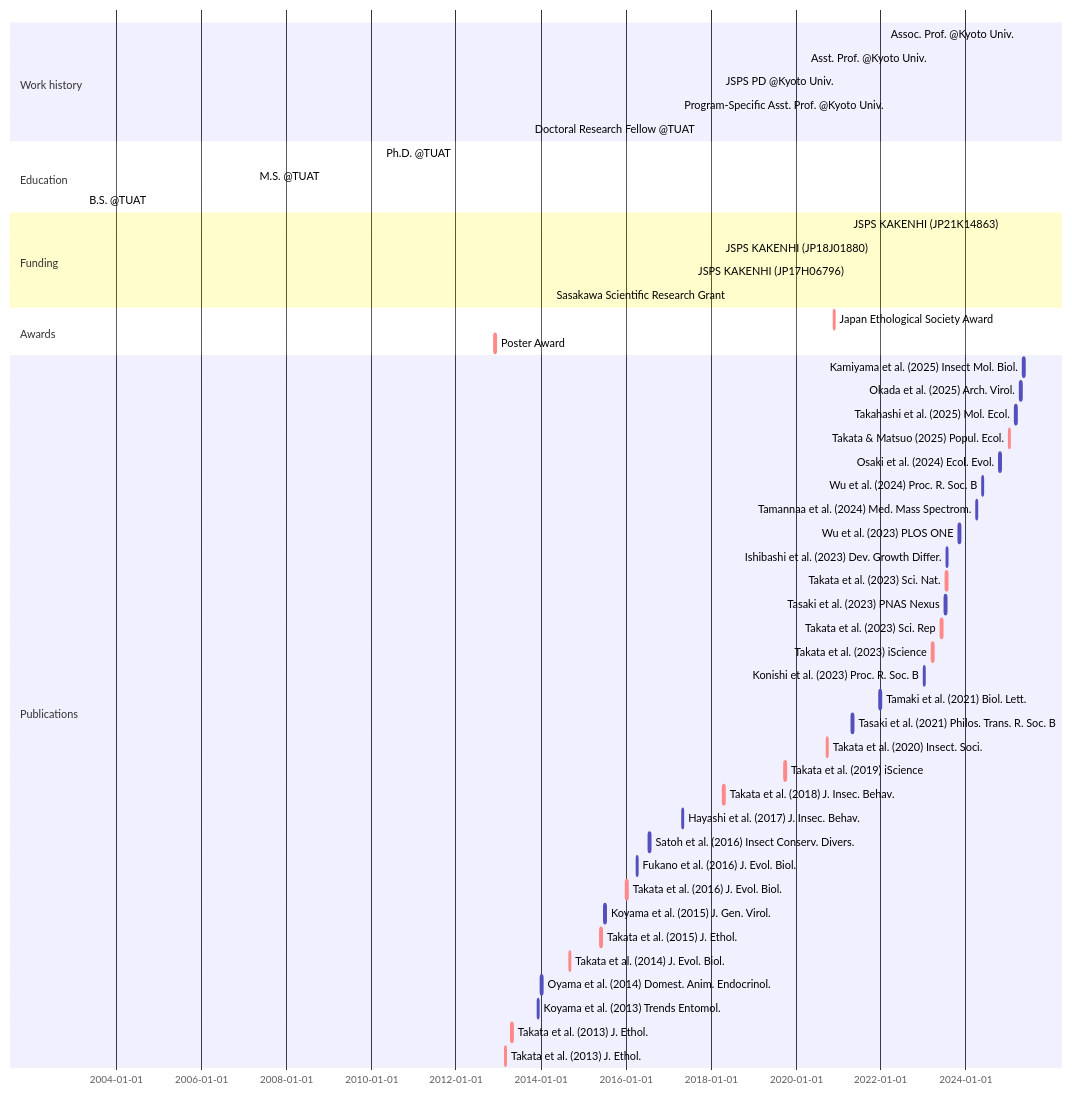
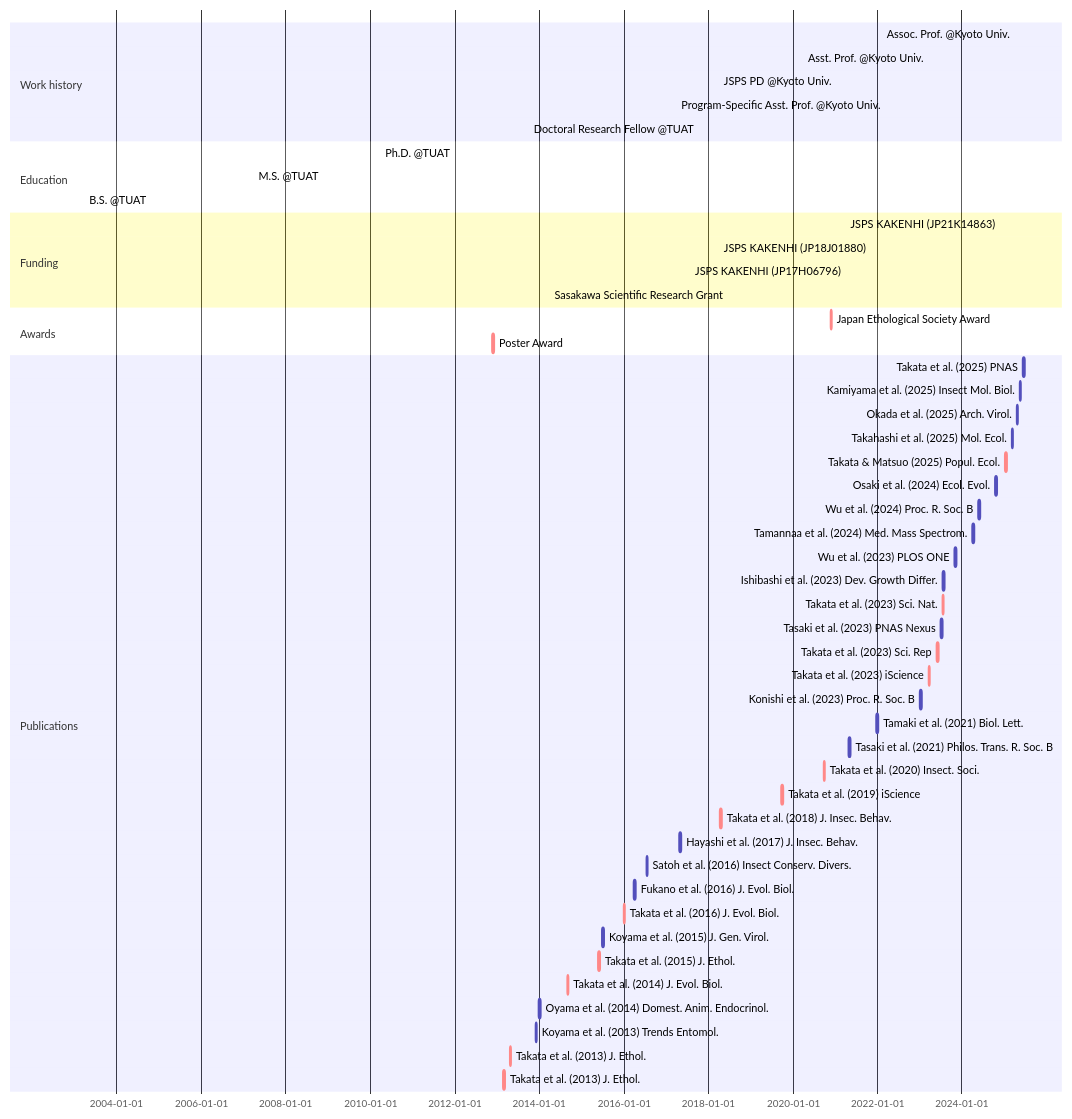
The diagram in _includes/mermaid-cv.md (MamoruTakata/MamoruTakata.github.io), drawn with Mermaid before and after one commit.

````diff
--- a/_includes/mermaid-cv.md
+++ b/_includes/mermaid-cv.md
@@ -1,56 +1,57 @@
 ```mermaid
 gantt
 section Work history
   Assoc. Prof. @Kyoto Univ.                     : active, Assoc. Prof., 2025-04-01, 2030-03-31
   Asst. Prof. @Kyoto Univ.                      : active, Asst. Prof., 2020-04-01, 2025-03-31
   JSPS PD @Kyoto Univ.                          : active, PD, 2018-04-01, 2020-03-31
   Program-Specific Asst. Prof. @Kyoto Univ.     : active, Program-Specific Asst. Prof., 2017-04-01, 2018-03-31
   Doctoral Research Fellow @TUAT                : active, Program-Specific Asst. Prof., 2013-10-01, 2017-03-31
 
 section Education
   Ph.D. @TUAT    : Ph.D., 2010-04-01, 2013-09-18
   M.S. @TUAT     : M.S., 2007-04-01, 2010-03-31
   B.S. @TUAT     : B.S., 2003-04-01, 2007-03-31
 
 section Funding
   JSPS KAKENHI (JP21K14863)                     : active, grant_young, 2021-04-01, 2026-03-31
   JSPS KAKENHI (JP18J01880)                     : active, grant_PD, 2018-04-01, 2021-03-31
   JSPS KAKENHI (JP17H06796)                     : active, grant_start, 2017-08-01, 2018-03-31
   Sasakawa Scientific Research Grant            : active, grant_Sasagawa, 2014-04-01, 2015-03-31
 
 section Awards
   Japan Ethological Society Award               : crit, aw_2, 2020-11-21, 2w
   Poster Award                                  : crit, aw_1, 2012-11-24, 2w
 
 section Publications
+  Takata et al. (2025) PNAS                     :       Takata et al. 2025, 2025-06-13, 2w
   Kamiyama et al. (2025) Insect Mol. Biol.      :       Kamiyama et al. 2025, 2025-05-11, 2w
   Okada et al. (2025) Arch. Virol.              :       Okada et al. 2025, 2025-04-16, 2w
   Takahashi et al. (2025) Mol. Ecol.            :       Takahashi et al. 2025, 2025-03-04, 2w
   Takata & Matsuo (2025) Popul. Ecol.           : crit, Takata & Matsuo 2025, 2025-01-07, 2w
   Osaki et al. (2024) Ecol. Evol.               :       Osaki et al. 2024, 2024-10-17, 2w
   Wu et al. (2024) Proc. R. Soc. B              :       Wu et al. 2024, 2024-05-22, 2w
   Tamannaa et al. (2024) Med. Mass Spectrom.    :       Tamannaa et al. 2024, 2024-04-01, 2w
   Wu et al. (2023) PLOS ONE                     :       Wu et al. 2023, 2023-11-02, 2w
   Ishibashi et al. (2023) Dev. Growth Differ.   :       Ishibashi et al. 2023, 2023-07-18, 2w
   Takata et al. (2023) Sci. Nat.                : crit, Takata et al. 2023c, 2023-07-17, 2w
   Tasaki et al. (2023) PNAS Nexus               :       Tasaki et al. 2023, 2023-07-04, 2w
   Takata et al. (2023) Sci. Rep                 : crit, Takata et al. 2023b, 2023-05-31, 2w
   Takata et al. (2023) iScience                 : crit, Takata et al. 2023a, 2023-03-17, 2w
   Konishi et al. (2023) Proc. R. Soc. B         :       Konishi et al. 2023, 2023-01-04, 2w
   Tamaki et al. (2021) Biol. Lett.              :       Tamaki et al. 2021, 2021-12-22, 2w
   Tasaki et al. (2021) Philos. Trans. R. Soc. B :       Tasaki et al. 2021, 2021-04-26, 2w
   Takata et al. (2020) Insect. Soci.            : crit, Takata et al. 2020, 2020-09-22, 2w
   Takata et al. (2019) iScience                 : crit, Takata et al. 2019, 2019-09-27, 2w
   Takata et al. (2018) J. Insec. Behav.         : crit, Takata et al. 2018, 2018-04-14, 2w
   Hayashi et al. (2017) J. Insec. Behav.        :       Hayashi et al. 2017, 2017-04-29, 2w
   Satoh et al. (2016) Insect Conserv. Divers.   :       Satoh et al. 2016, 2016-07-16, 2w
   Fukano et al. (2016) J. Evol. Biol.           :       Fukano et al. 2016, 2016-04-01, 2w
   Takata et al. (2016) J. Evol. Biol.           : crit, Takata et al. 2016, 2016-01-01, 2w
   Koyama et al. (2015) J. Gen. Virol.           :       Koyama et al. 2015, 2015-07-01, 2w
   Takata et al. (2015) J. Ethol.                : crit, Takata et al. 2015, 2015-05-28, 2w
   Takata et al. (2014) J. Evol. Biol.           : crit, Takata et al. 2014, 2014-09-01, 2w
   Oyama et al. (2014) Domest. Anim. Endocrinol. :       Oyama et al. 2014, 2014-01-01, 2w
   Koyama et al. (2013) Trends Entomol.          :       Koyama et al. 2013, 2013-12-01, 2w
   Takata et al. (2013) J. Ethol.                : crit, Takata et al. 2015b, 2013-04-21, 2w
   Takata et al. (2013) J. Ethol.                : crit, Takata et al. 2015a, 2013-02-23, 2w
 ```
````
